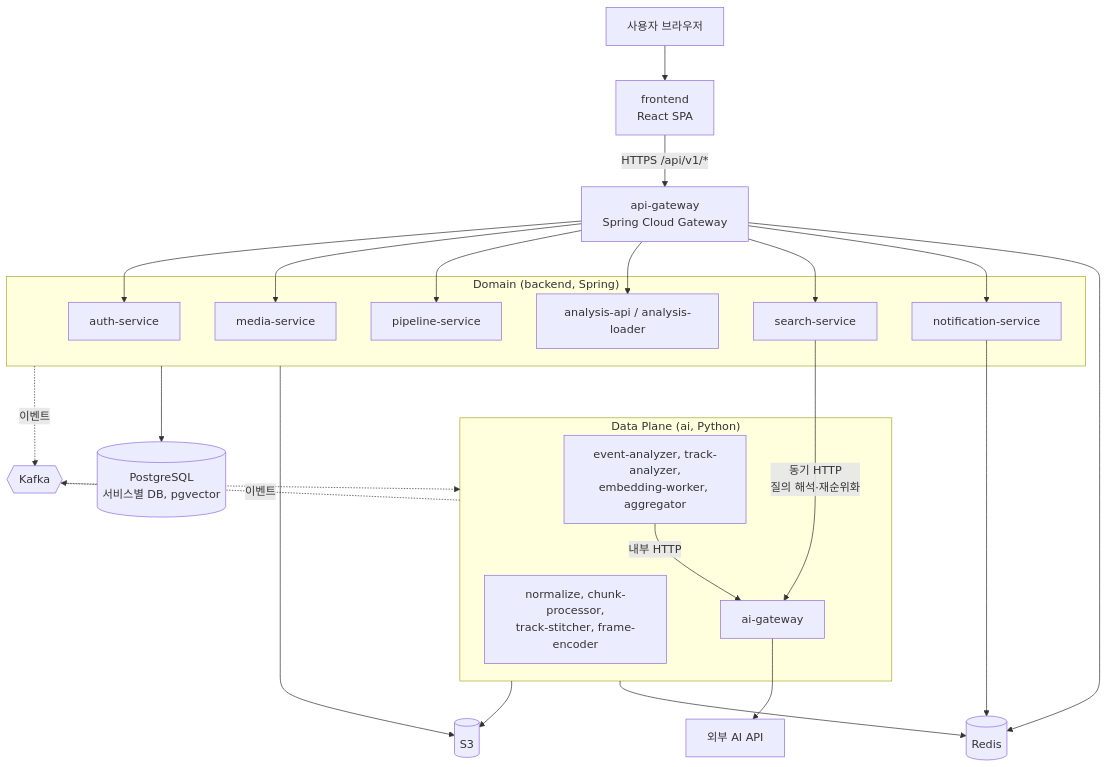
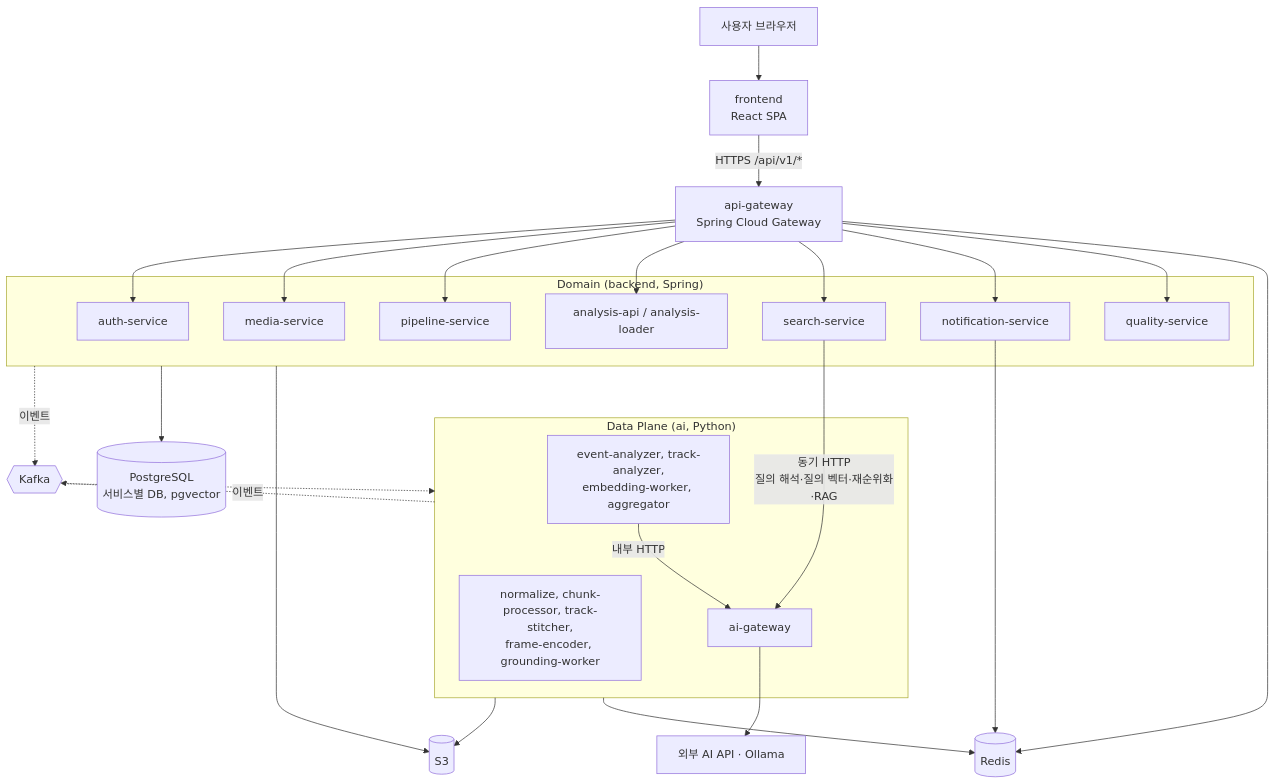
Before and after one commit to p5-3-final/docs: the first of 5 diagrams in docs/architecture/overview.md, drawn with Mermaid. The commit also changed other lines of this file and 4 other files, not shown here.

````diff
--- a/docs/architecture/overview.md
+++ b/docs/architecture/overview.md
@@ -16,28 +28,29 @@
 ```mermaid
 flowchart TB
   U[사용자 브라우저] --> FE[frontend<br/>React SPA]
   FE -->|HTTPS /api/v1/*| GW[api-gateway<br/>Spring Cloud Gateway]
   subgraph Domain["Domain (backend, Spring)"]
     AU[auth-service]
     ME[media-service]
     PL[pipeline-service]
     AN[analysis-api / analysis-loader]
     SE[search-service]
     NO[notification-service]
+    QU[quality-service]
   end
-  GW --> AU & ME & PL & AN & SE & NO
+  GW --> AU & ME & PL & AN & SE & NO & QU
   Domain -.이벤트.-> MB{{Kafka}}
   MB -.-> DP
   DP -.이벤트.-> MB
   subgraph DP["Data Plane (ai, Python)"]
-    VW[normalize, chunk-processor,<br/>track-stitcher, frame-encoder]
+    VW[normalize, chunk-processor, track-stitcher,<br/>frame-encoder, grounding-worker]
     AW[event-analyzer, track-analyzer,<br/>embedding-worker, aggregator]
     AG[ai-gateway]
     AW -->|내부 HTTP| AG
   end
-  SE -->|동기 HTTP<br/>질의 해석·재순위화| AG
-  AG --> EXT[외부 AI API]
+  SE -->|동기 HTTP<br/>질의 해석·질의 벡터·재순위화·RAG| AG
+  AG --> EXT[외부 AI API · Ollama]
   Domain --> DB[(PostgreSQL<br/>서비스별 DB, pgvector)]
   Domain & DP --> S3[(S3)]
   GW & NO & DP --> R[(Redis)]
 ```
````
